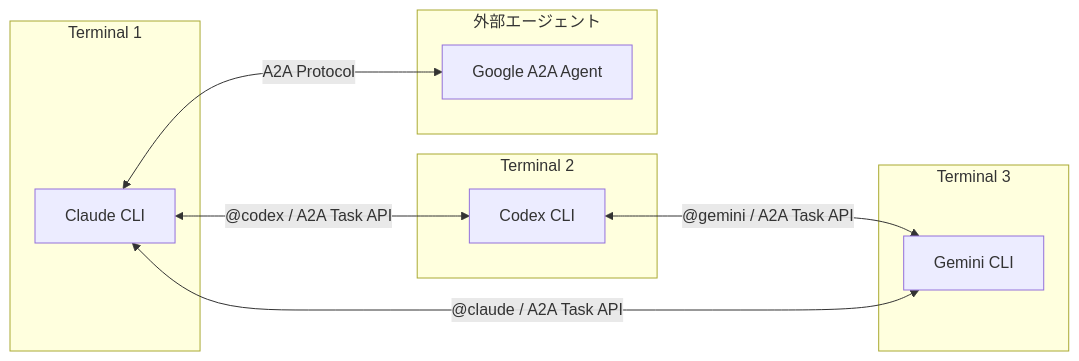
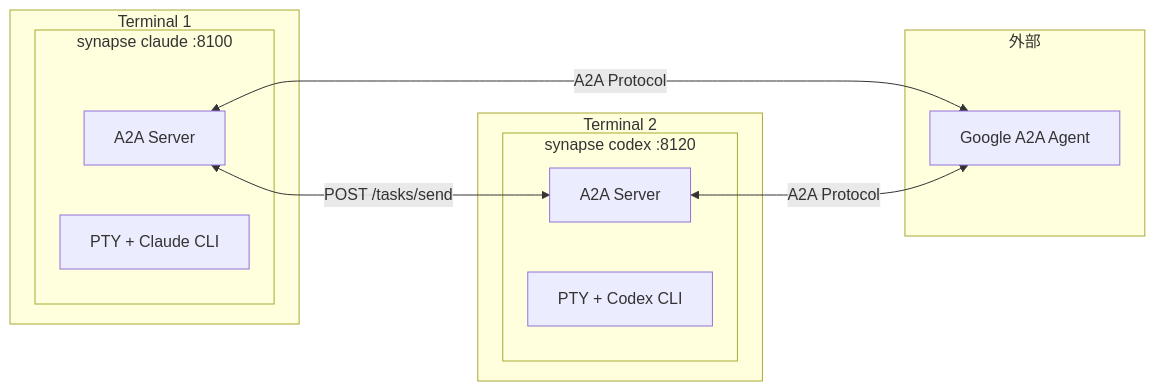
One commit to s-hiraoku/synapse-a2a changed the first of 4 diagrams in README.md. Above: the diagram before and after it, drawn with Mermaid. The commit also changed other lines of this file and 13 other files, not shown here.

````diff
--- a/README.md
+++ b/README.md
@@ -11,20 +11,22 @@
 ```mermaid
 flowchart LR
     subgraph Terminal1["Terminal 1"]
-        Claude["Claude CLI"]
+        subgraph Agent1["synapse claude :8100"]
+            Server1["A2A Server"]
+            PTY1["PTY + Claude CLI"]
+        end
     end
     subgraph Terminal2["Terminal 2"]
-        Codex["Codex CLI"]
+        subgraph Agent2["synapse codex :8120"]
+            Server2["A2A Server"]
+            PTY2["PTY + Codex CLI"]
+        end
     end
-    subgraph Terminal3["Terminal 3"]
-        Gemini["Gemini CLI"]
-    end
-    subgraph External["外部エージェント"]
+    subgraph External["外部"]
         ExtAgent["Google A2A Agent"]
     end
 
-    Claude <-->|"@codex / A2A Task API"| Codex
-    Codex <-->|"@gemini / A2A Task API"| Gemini
-    Gemini <-->|"@claude / A2A Task API"| Claude
-    Claude <-->|"A2A Protocol"| ExtAgent
+    Server1 <-->|"POST /tasks/send"| Server2
+    Server1 <-->|"A2A Protocol"| ExtAgent
+    Server2 <-->|"A2A Protocol"| ExtAgent
 ```
````
